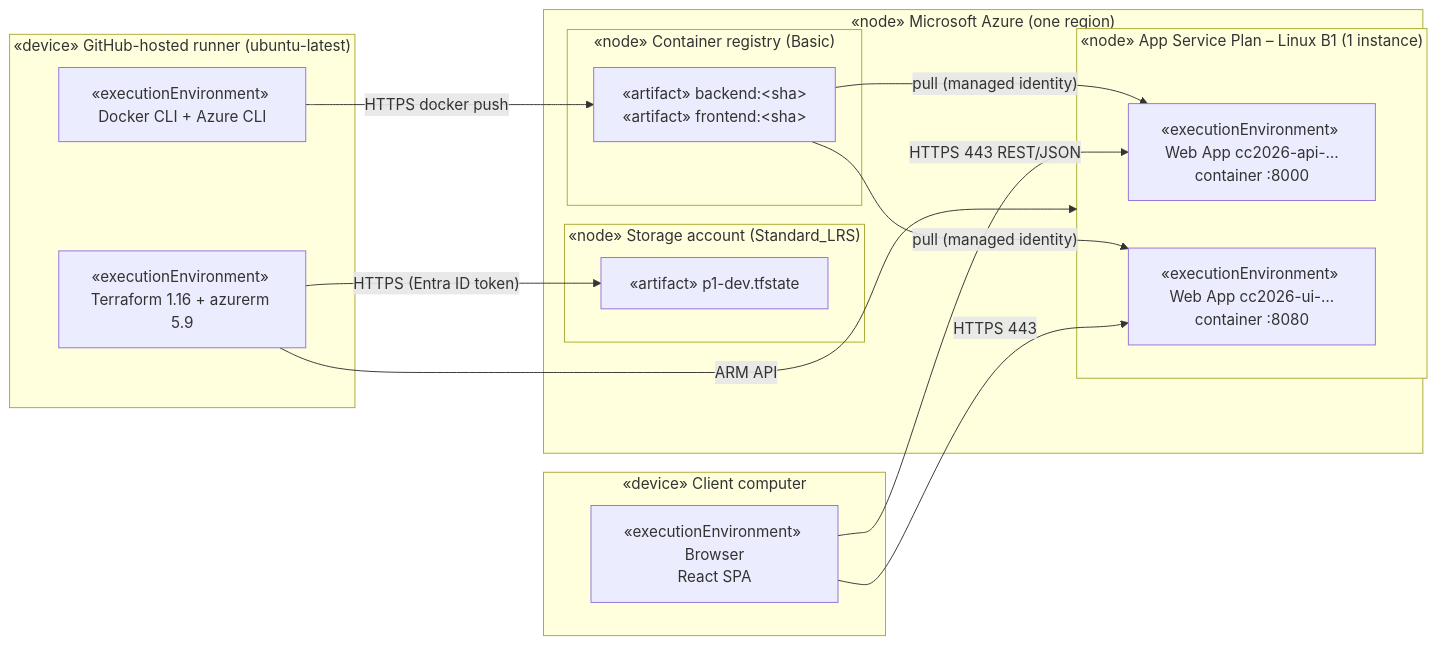
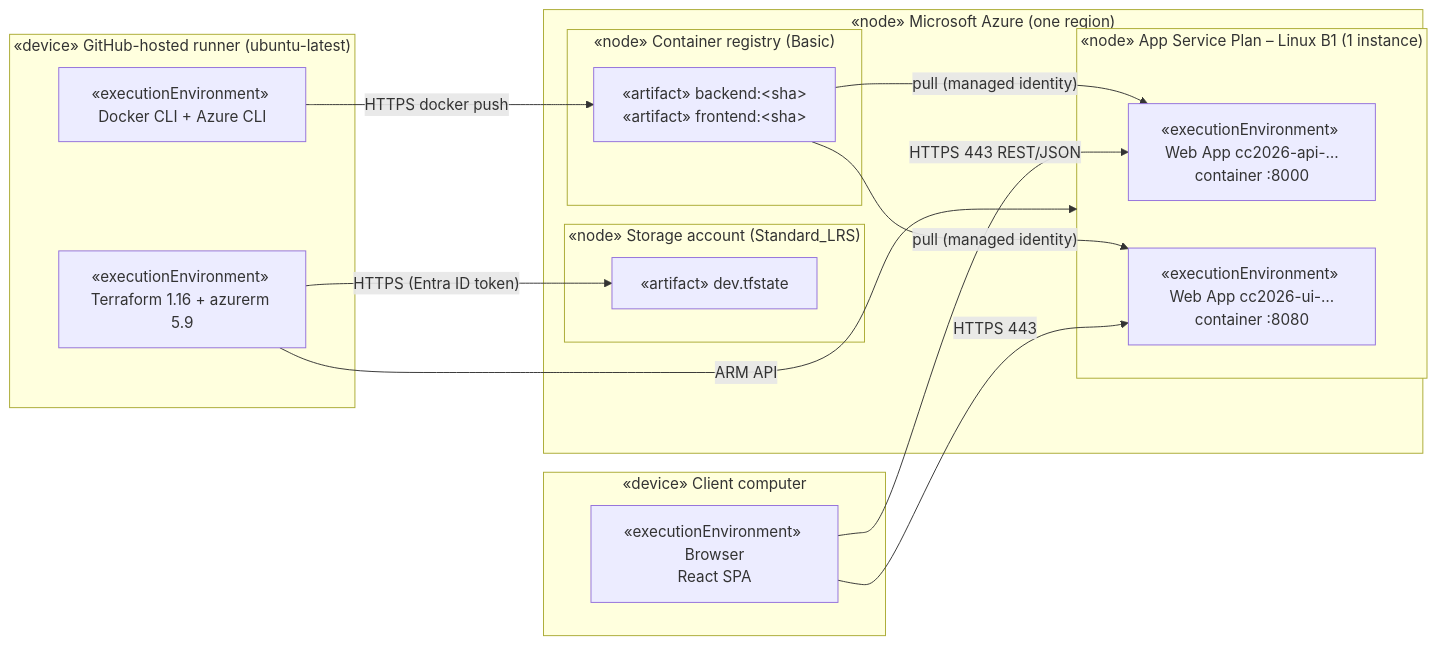
One commit to agi1clj/CC2026_DS_Infra changed the second of 3 diagrams in docs/architecture.md. Above: the diagram before and after it, drawn with Mermaid. The commit also changed other lines of this file and 12 other files, not shown here.

````diff
--- a/docs/architecture.md
+++ b/docs/architecture.md
@@ -52,31 +52,31 @@
 ```mermaid
 flowchart LR
     subgraph runner["«device» GitHub-hosted runner (ubuntu-latest)"]
         tf["«executionEnvironment» Terraform 1.16 + azurerm 5.9"]
         dockercli["«executionEnvironment» Docker CLI + Azure CLI"]
     end
 
     subgraph azure["«node» Microsoft Azure (one region)"]
         subgraph storage["«node» Storage account (Standard_LRS)"]
-            statefile["«artifact» p1-dev.tfstate"]
+            statefile["«artifact» dev.tfstate"]
         end
         subgraph registry["«node» Container registry (Basic)"]
             images["«artifact» backend:&lt;sha&gt;<br/>«artifact» frontend:&lt;sha&gt;"]
         end
         subgraph asp["«node» App Service Plan – Linux B1 (1 instance)"]
             bewa["«executionEnvironment» Web App cc2026-api-…<br/>container :8000"]
             fewa["«executionEnvironment» Web App cc2026-ui-…<br/>container :8080"]
         end
     end
 
     subgraph client["«device» Client computer"]
         browser["«executionEnvironment» Browser<br/>React SPA"]
     end
 
     tf -- "HTTPS (Entra ID token)" --> statefile
     tf -- "ARM API" --> asp
     dockercli -- "HTTPS docker push" --> images
     images -- "pull (managed identity)" --> bewa & fewa
     browser -- "HTTPS 443" --> fewa
     browser -- "HTTPS 443 REST/JSON" --> bewa
 ```
````
